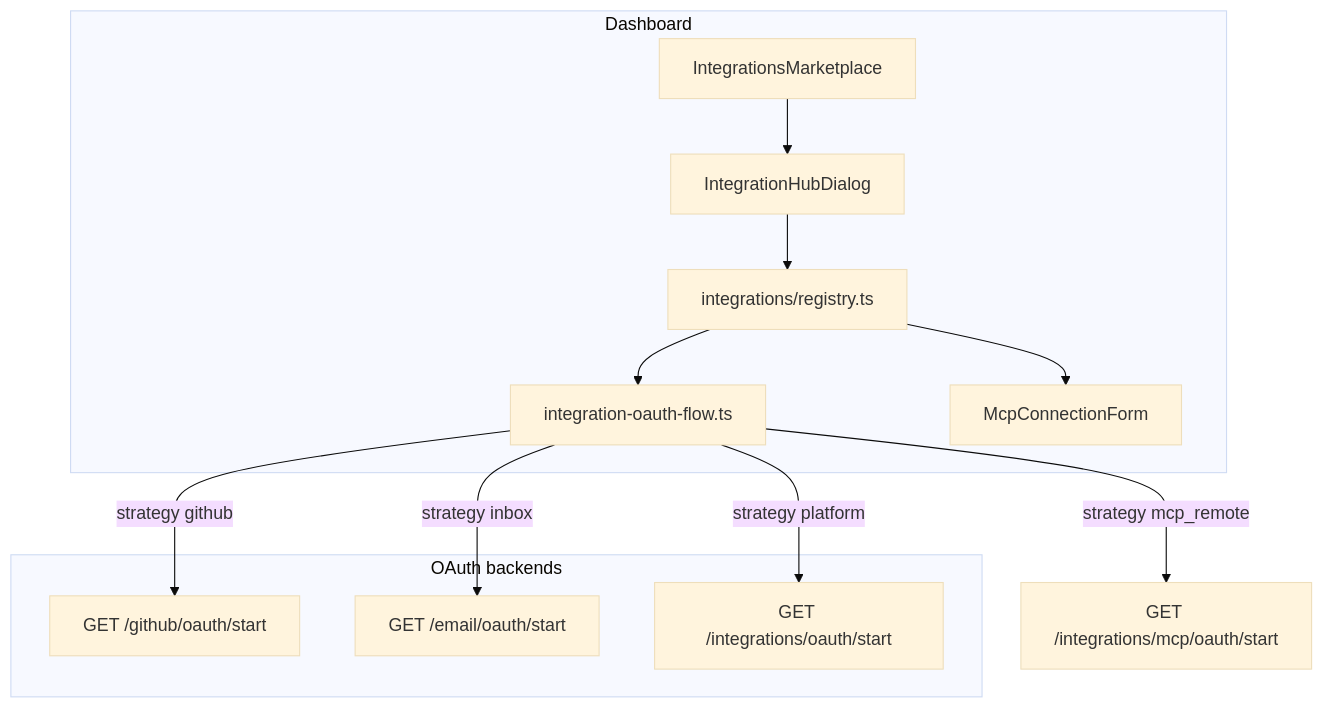
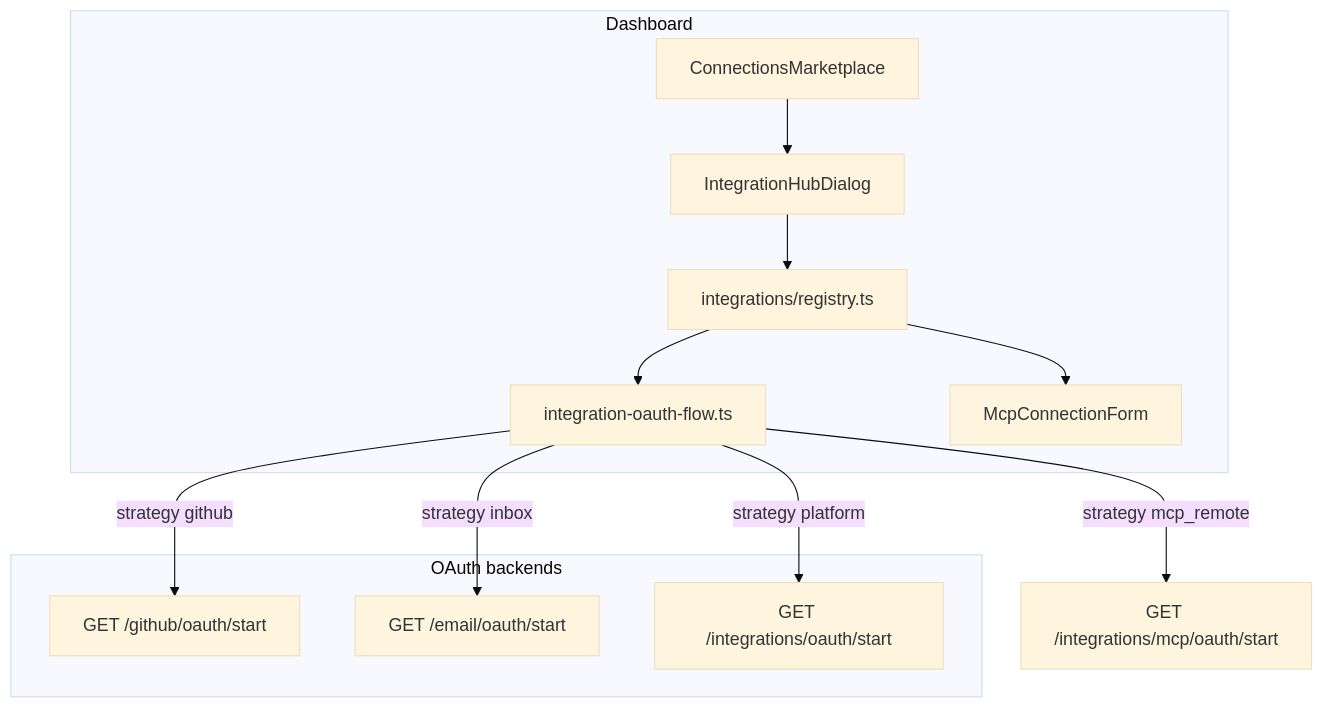
One commit to LorenzoBoers/BokitoAiV2 changed the diagram in apps/dashboard/docs/INTEGRATIONS.md. Above: the diagram before and after it, drawn with Mermaid (base theme). The commit also changed other lines of this file and 184 other files, not shown here.

````diff
--- a/apps/dashboard/docs/INTEGRATIONS.md
+++ b/apps/dashboard/docs/INTEGRATIONS.md
@@ -17,23 +17,23 @@
 ```mermaid
 flowchart TB
   subgraph ui [Dashboard]
-    MP[IntegrationsMarketplace]
+    MP[ConnectionsMarketplace]
     Hub[IntegrationHubDialog]
     Reg[integrations/registry.ts]
     MP --> Hub
     Hub --> Reg
     Reg --> OAuthFlow[integration-oauth-flow.ts]
     Reg --> McpForm[McpConnectionForm]
   end
 
   subgraph oauth [OAuth backends]
     GH["GET /github/oauth/start"]
     Email["GET /email/oauth/start"]
     Plat["GET /integrations/oauth/start"]
   end
 
   OAuthFlow -->|strategy github| GH
   OAuthFlow -->|strategy inbox| Email
   OAuthFlow -->|strategy platform| Plat
   OAuthFlow -->|strategy mcp_remote| McpOAuth["GET /integrations/mcp/oauth/start"]
 ```
````
